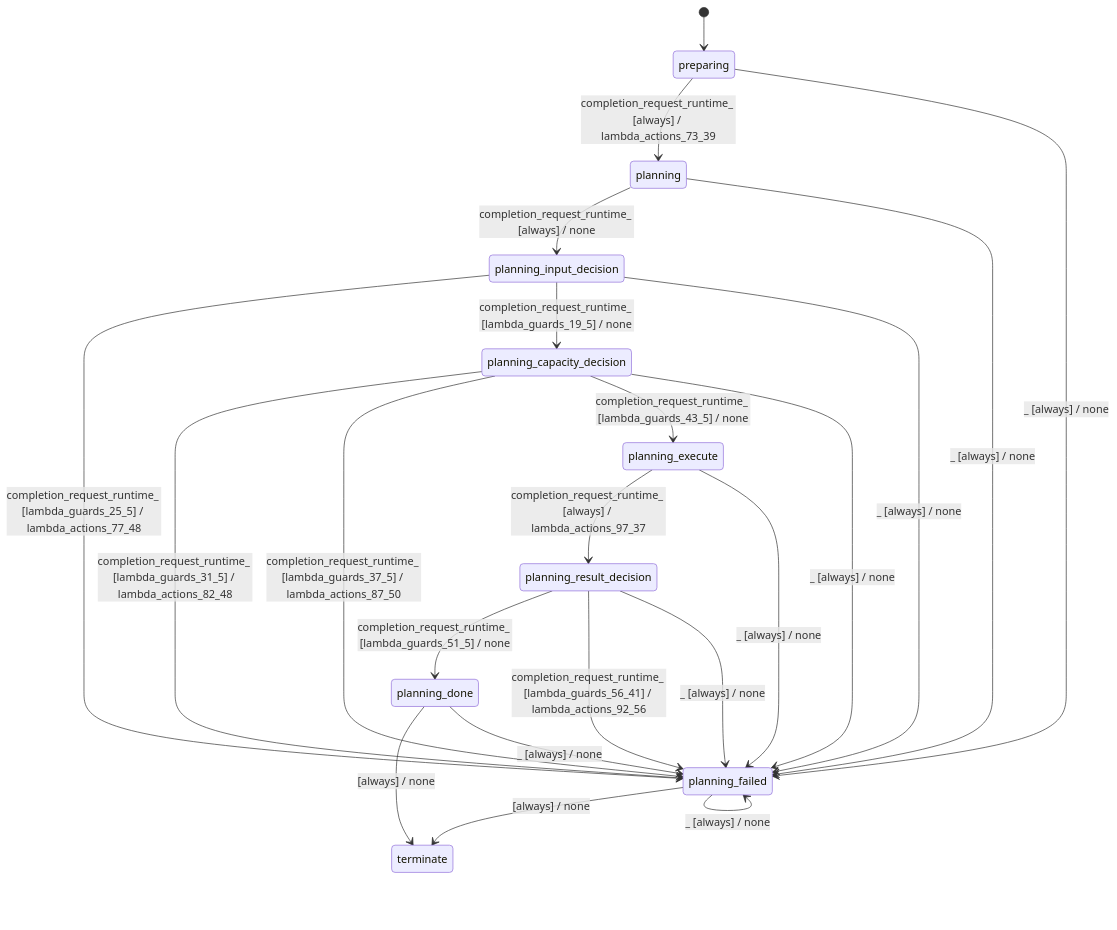
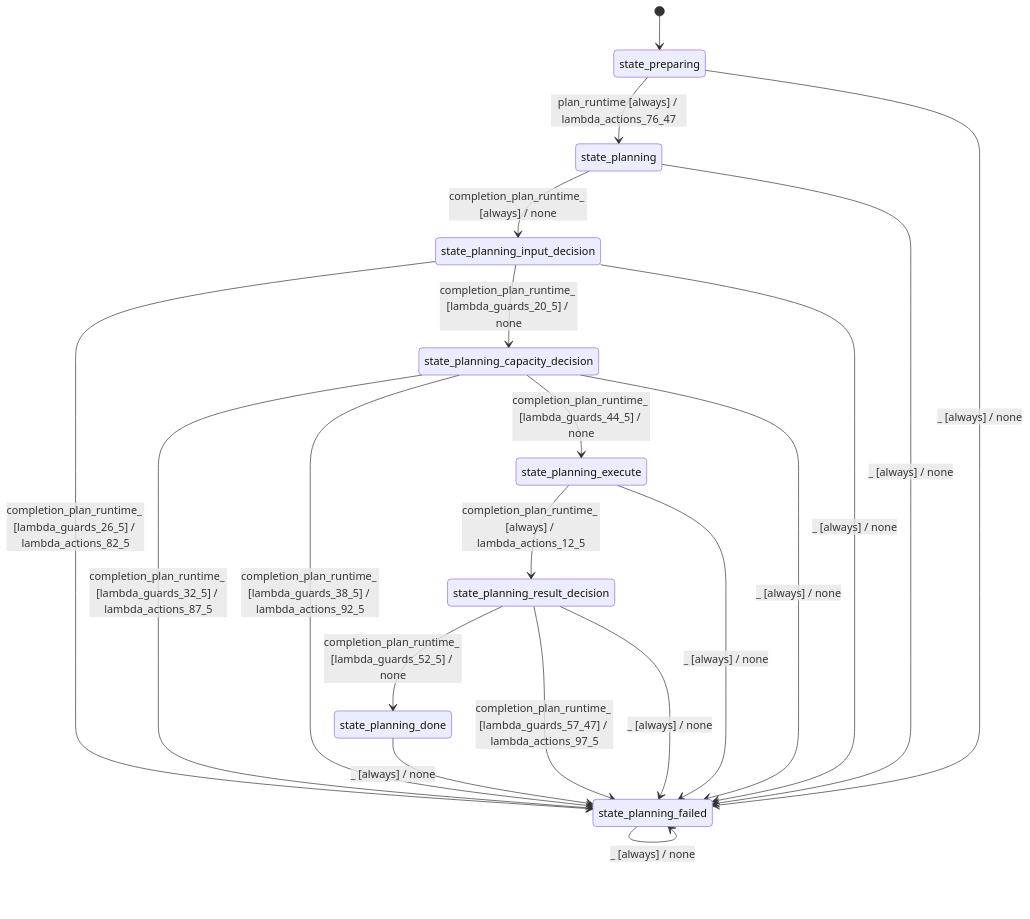
One commit to stateforward/emel.cpp changed the diagram in docs/architecture/batch_planner_modes_sequential.md. Above: the diagram before and after it, drawn with Mermaid. The commit also changed other lines of this file and 74 other files, not shown here.

````diff
--- a/docs/architecture/batch_planner_modes_sequential.md
+++ b/docs/architecture/batch_planner_modes_sequential.md
@@ -7,25 +7,23 @@
 ```mermaid
 stateDiagram-v2
   direction TB
-  [*] --> preparing
-  preparing --> planning : completion_request_runtime_ [always] / lambda_actions_73_39
-  planning --> planning_input_decision : completion_request_runtime_ [always] / none
-  planning_input_decision --> planning_failed : completion_request_runtime_ [lambda_guards_25_5] / lambda_actions_77_48
-  planning_input_decision --> planning_capacity_decision : completion_request_runtime_ [lambda_guards_19_5] / none
-  planning_capacity_decision --> planning_failed : completion_request_runtime_ [lambda_guards_31_5] / lambda_actions_82_48
-  planning_capacity_decision --> planning_failed : completion_request_runtime_ [lambda_guards_37_5] / lambda_actions_87_50
-  planning_capacity_decision --> planning_execute : completion_request_runtime_ [lambda_guards_43_5] / none
-  planning_execute --> planning_result_decision : completion_request_runtime_ [always] / lambda_actions_97_37
-  planning_result_decision --> planning_done : completion_request_runtime_ [lambda_guards_51_5] / none
-  planning_result_decision --> planning_failed : completion_request_runtime_ [lambda_guards_56_41] / lambda_actions_92_56
-  planning_done --> terminate : [always] / none
-  planning_failed --> terminate : [always] / none
-  planning_done --> planning_failed : _ [always] / none
-  planning_failed --> planning_failed : _ [always] / none
-  preparing --> planning_failed : _ [always] / none
-  planning --> planning_failed : _ [always] / none
-  planning_input_decision --> planning_failed : _ [always] / none
-  planning_capacity_decision --> planning_failed : _ [always] / none
-  planning_execute --> planning_failed : _ [always] / none
-  planning_result_decision --> planning_failed : _ [always] / none
+  [*] --> state_preparing
+  state_preparing --> state_planning : plan_runtime [always] / lambda_actions_76_47
+  state_planning --> state_planning_input_decision : completion_plan_runtime_ [always] / none
+  state_planning_input_decision --> state_planning_failed : completion_plan_runtime_ [lambda_guards_26_5] / lambda_actions_82_5
+  state_planning_input_decision --> state_planning_capacity_decision : completion_plan_runtime_ [lambda_guards_20_5] / none
+  state_planning_capacity_decision --> state_planning_failed : completion_plan_runtime_ [lambda_guards_32_5] / lambda_actions_87_5
+  state_planning_capacity_decision --> state_planning_failed : completion_plan_runtime_ [lambda_guards_38_5] / lambda_actions_92_5
+  state_planning_capacity_decision --> state_planning_execute : completion_plan_runtime_ [lambda_guards_44_5] / none
+  state_planning_execute --> state_planning_result_decision : completion_plan_runtime_ [always] / lambda_actions_12_5
+  state_planning_result_decision --> state_planning_done : completion_plan_runtime_ [lambda_guards_52_5] / none
+  state_planning_result_decision --> state_planning_failed : completion_plan_runtime_ [lambda_guards_57_47] / lambda_actions_97_5
+  state_planning_done --> state_planning_failed : _ [always] / none
+  state_planning_failed --> state_planning_failed : _ [always] / none
+  state_preparing --> state_planning_failed : _ [always] / none
+  state_planning --> state_planning_failed : _ [always] / none
+  state_planning_input_decision --> state_planning_failed : _ [always] / none
+  state_planning_capacity_decision --> state_planning_failed : _ [always] / none
+  state_planning_execute --> state_planning_failed : _ [always] / none
+  state_planning_result_decision --> state_planning_failed : _ [always] / none
 ```
````
